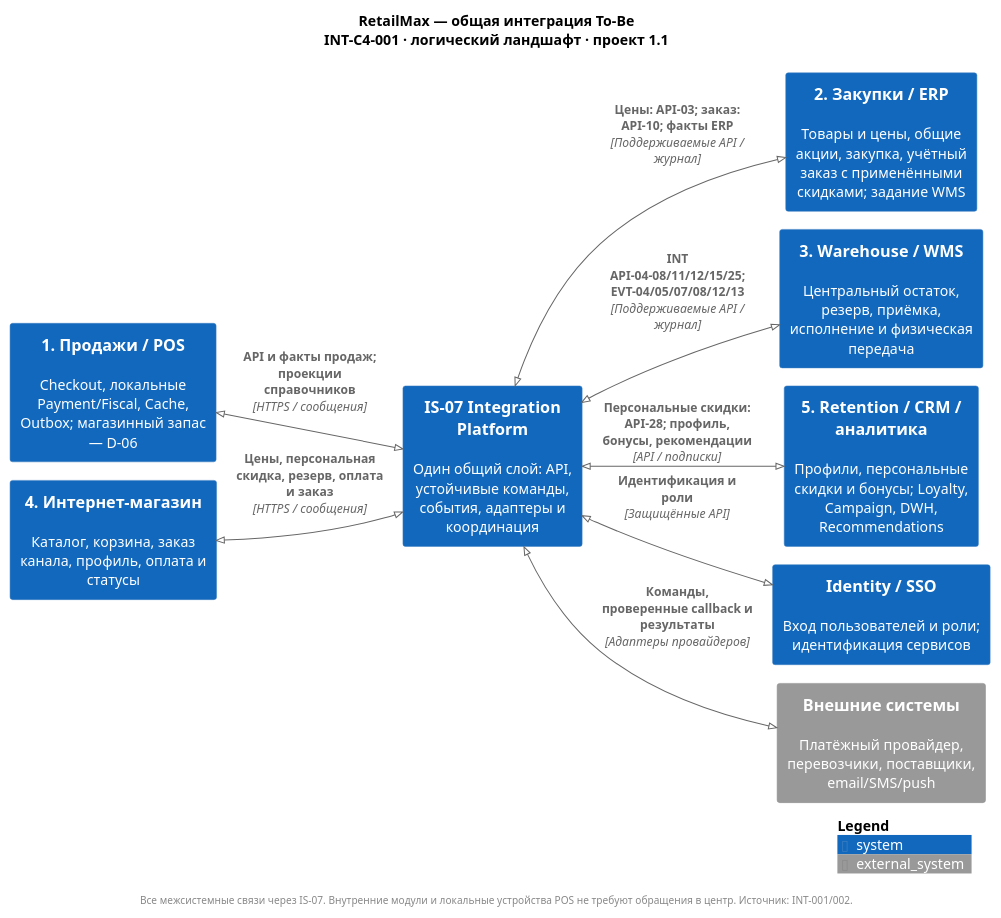
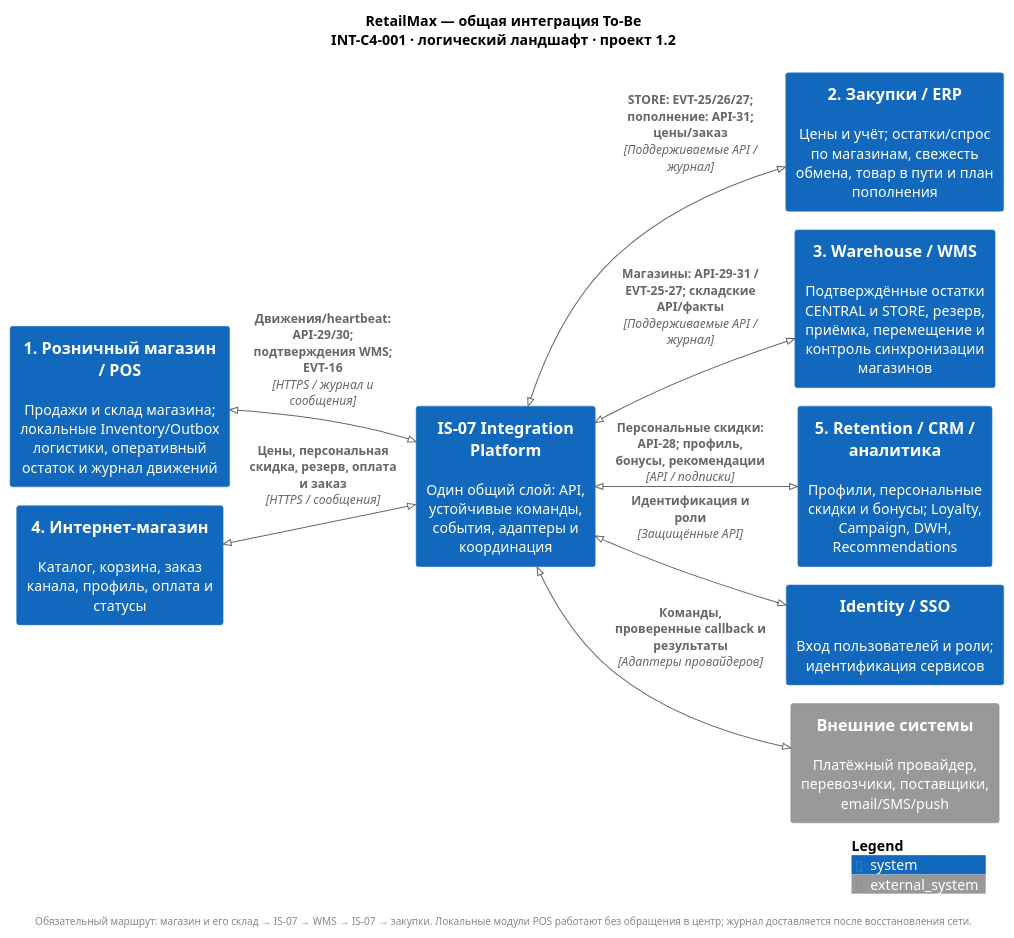
One commit to rsingatulin/hse_architecture changed the diagram in 06_integration_architecture/diagrams/INT-C4-001-landscape.puml. Above: the diagram before and after it, drawn with PlantUML. The commit also changed 30 other files, not shown here.

Commit message:
Добавить обязательный обмен магазинов с WMS и закупками

```diff
--- a/06_integration_architecture/diagrams/INT-C4-001-landscape.puml
+++ b/06_integration_architecture/diagrams/INT-C4-001-landscape.puml
@@ -1,25 +1,25 @@
 @startuml INT-C4-001-landscape
 !pragma layout smetana
 !include <C4/C4_Context>
 LAYOUT_LEFT_RIGHT()
 skinparam defaultFontName Arial
 skinparam backgroundColor white
-title RetailMax — общая интеграция To-Be\nINT-C4-001 · логический ландшафт · проект 1.1
-System(pos, "1. Продажи / POS", "Checkout, локальные Payment/Fiscal, Cache, Outbox; магазинный запас — D-06")
+title RetailMax — общая интеграция To-Be\nINT-C4-001 · логический ландшафт · проект 1.2
+System(pos, "1. Розничный магазин / POS", "Продажи и склад магазина; локальные Inventory/Outbox логистики, оперативный остаток и журнал движений")
 System(shop, "4. Интернет-магазин", "Каталог, корзина, заказ канала, профиль, оплата и статусы")
 System(ip, "IS-07 Integration Platform", "Один общий слой: API, устойчивые команды, события, адаптеры и координация")
-System(erp, "2. Закупки / ERP", "Товары и цены, общие акции, закупка, учётный заказ с применёнными скидками; задание WMS")
-System(wms, "3. Warehouse / WMS", "Центральный остаток, резерв, приёмка, исполнение и физическая передача")
+System(erp, "2. Закупки / ERP", "Цены и учёт; остатки/спрос по магазинам, свежесть обмена, товар в пути и план пополнения")
+System(wms, "3. Warehouse / WMS", "Подтверждённые остатки CENTRAL и STORE, резерв, приёмка, перемещение и контроль синхронизации магазинов")
 System(ret, "5. Retention / CRM / аналитика", "Профили, персональные скидки и бонусы; Loyalty, Campaign, DWH, Recommendations")
 System(shared, "Identity / SSO", "Вход пользователей и роли; идентификация сервисов")
 System_Ext(ext, "Внешние системы", "Платёжный провайдер, перевозчики, поставщики, email/SMS/push")
-BiRel(pos, ip, "API и факты продаж; проекции справочников", "HTTPS / сообщения")
+BiRel(pos, ip, "Движения/heartbeat: API-29/30; подтверждения WMS; EVT-16", "HTTPS / журнал и сообщения")
 BiRel(shop, ip, "Цены, персональная скидка, резерв, оплата и заказ", "HTTPS / сообщения")
-BiRel(ip, erp, "Цены: API-03; заказ: API-10; факты ERP", "Поддерживаемые API / журнал")
-BiRel(ip, wms, "INT API-04–08/11/12/15/25; EVT-04/05/07/08/12/13", "Поддерживаемые API / журнал")
+BiRel(ip, erp, "STORE: EVT-25/26/27; пополнение: API-31; цены/заказ", "Поддерживаемые API / журнал")
+BiRel(ip, wms, "Магазины: API-29–31 / EVT-25–27; складские API/факты", "Поддерживаемые API / журнал")
 BiRel(ip, ret, "Персональные скидки: API-28; профиль, бонусы, рекомендации", "API / подписки")
 BiRel(ip, shared, "Идентификация и роли", "Защищённые API")
 BiRel(ip, ext, "Команды, проверенные callback и результаты", "Адаптеры провайдеров")
 SHOW_LEGEND()
-footer Все межсистемные связи через IS-07. Внутренние модули и локальные устройства POS не требуют обращения в центр. Источник: INT-001/002.
+footer Обязательный маршрут: магазин и его склад → IS-07 → WMS → IS-07 → закупки. Локальные модули POS работают без обращения в центр; журнал доставляется после восстановления сети.
 @enduml
```
